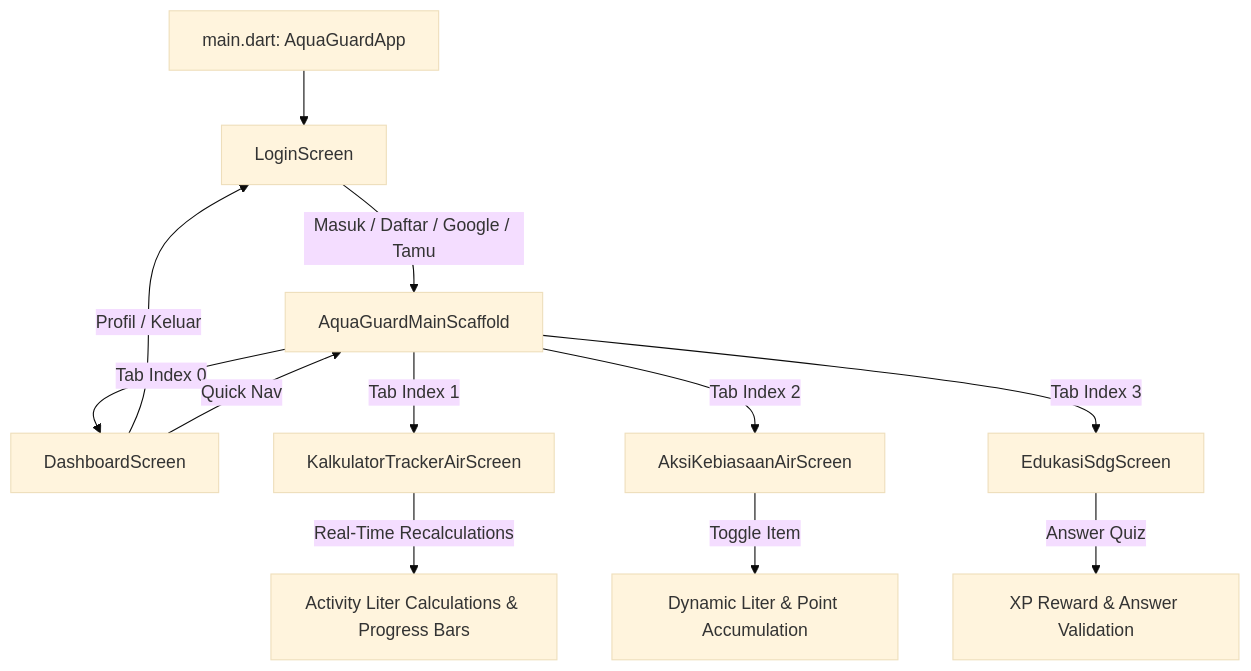
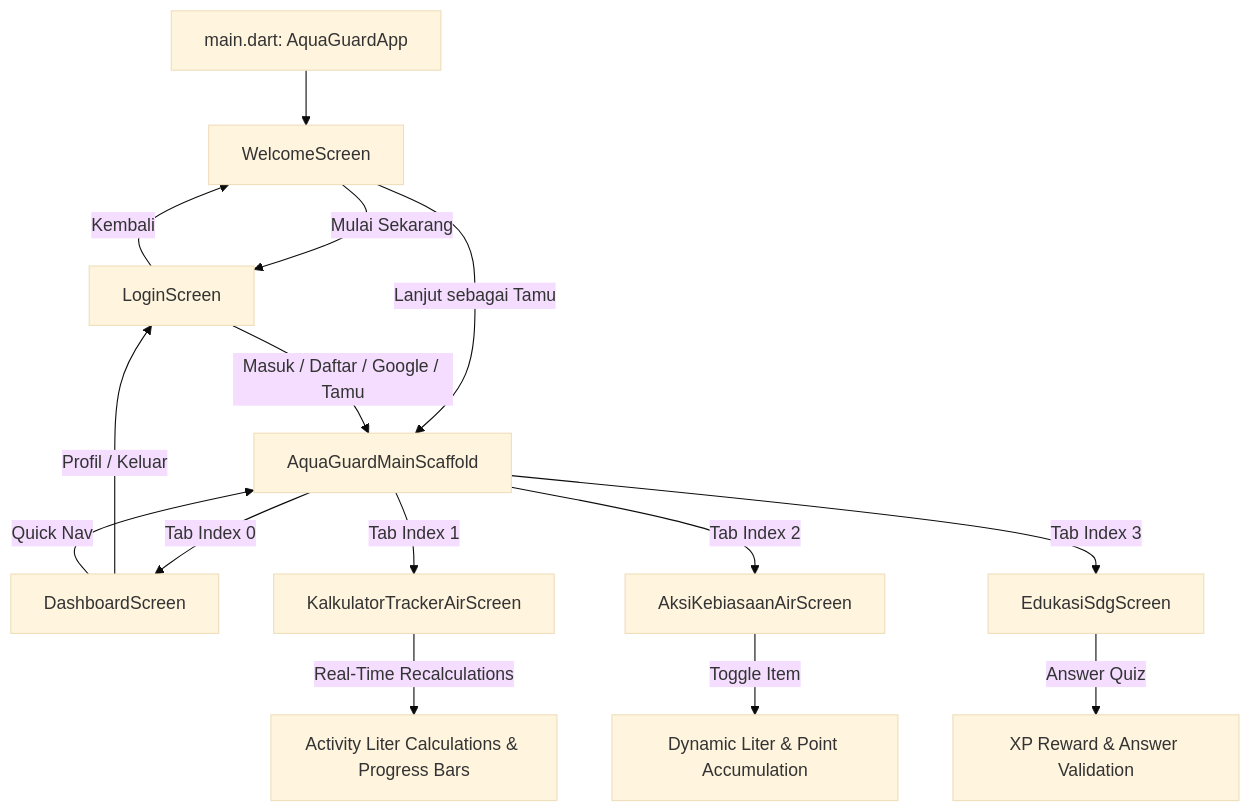
One commit to MitsuneX/Aqua-Guard changed the diagram in README.md. Above: the diagram before and after it, drawn with Mermaid (base theme). The commit also changed other lines of this file and 1 other file, not shown here.

Commit message:
docs & test: update architecture in README and add WelcomeScreen smoke test suite

````diff
--- a/README.md
+++ b/README.md
@@ -72,15 +73,18 @@
 ```mermaid
 graph TD
-    A[main.dart: AquaGuardApp] --> L[LoginScreen]
+    A[main.dart: AquaGuardApp] --> W[WelcomeScreen]
+    W -->|Mulai Sekarang| L[LoginScreen]
+    W -->|Lanjut sebagai Tamu| B[AquaGuardMainScaffold]
     L -->|Masuk / Daftar / Google / Tamu| B[AquaGuardMainScaffold]
     B -->|Tab Index 0| C[DashboardScreen]
     B -->|Tab Index 1| D[KalkulatorTrackerAirScreen]
     B -->|Tab Index 2| E[AksiKebiasaanAirScreen]
     B -->|Tab Index 3| F[EdukasiSdgScreen]
     C -->|Profil / Keluar| L
+    L -->|Kembali| W
 
     C -->|Quick Nav| B
     D -->|Real-Time Recalculations| D1[Activity Liter Calculations & Progress Bars]
     E -->|Toggle Item| E1[Dynamic Liter & Point Accumulation]
     F -->|Answer Quiz| F1[XP Reward & Answer Validation]
 ```
````
